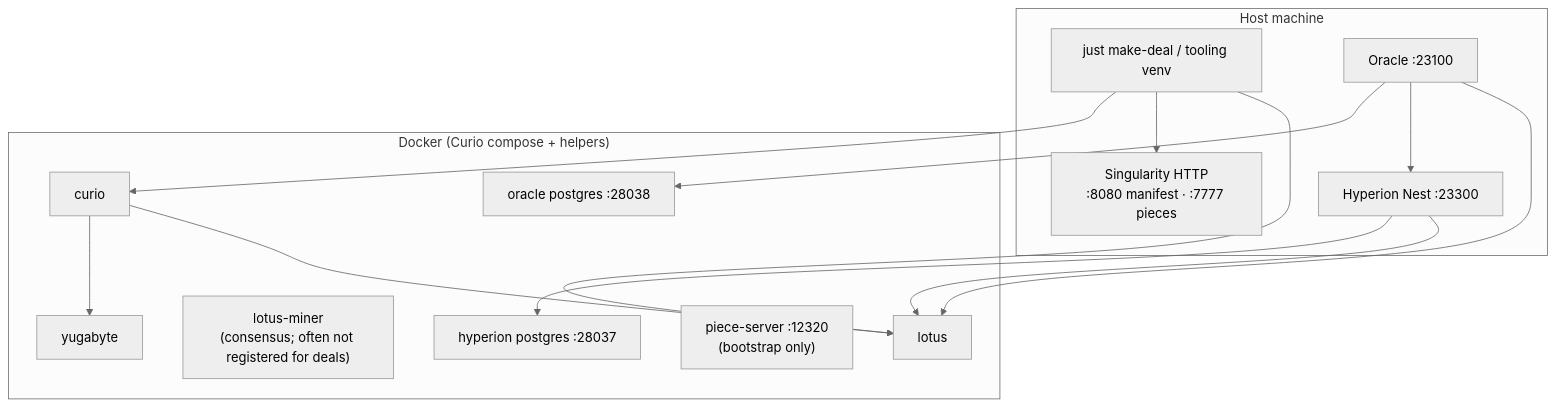
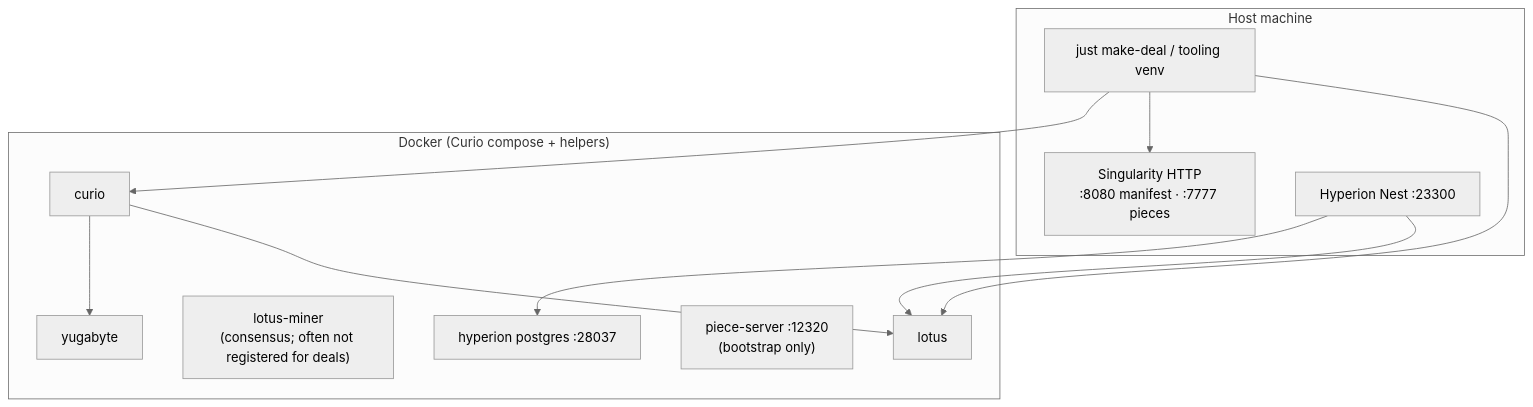
Diagram 11 of 12 in ARCHITECTURE.md (fidlabs/FCSS-devnet), drawn with Mermaid (neutral theme) before and after one commit. The commit also changed other lines of this file and 28 other files, not shown here.

````diff
--- a/ARCHITECTURE.md
+++ b/ARCHITECTURE.md
@@ -611,30 +589,25 @@
 ```mermaid
 flowchart TB
   subgraph Host["Host machine"]
     MakeDeal["just make-deal / tooling venv"]
     SingHTTP["Singularity HTTP<br/>:8080 manifest · :7777 pieces"]
     HyperionNest["Hyperion Nest :23300"]
-    OracleHTTP["Oracle :23100"]
   end
 
   subgraph Docker["Docker (Curio compose + helpers)"]
     LotusC["lotus"]
     LotusMiner["lotus-miner<br/>(consensus; often not registered for deals)"]
     CurioC["curio"]
     YB["yugabyte"]
     PieceSrv["piece-server :12320<br/>(bootstrap only)"]
-    OraclePG["oracle postgres :28038"]
     HyperionPG["hyperion postgres :28037"]
   end
 
   MakeDeal --> LotusC
   MakeDeal --> SingHTTP
   MakeDeal --> CurioC
   HyperionNest --> LotusC
   HyperionNest --> HyperionPG
-  OracleHTTP --> LotusC
-  OracleHTTP --> HyperionNest
-  OracleHTTP --> OraclePG
   CurioC --> LotusC
   CurioC --> YB
 ```
````
